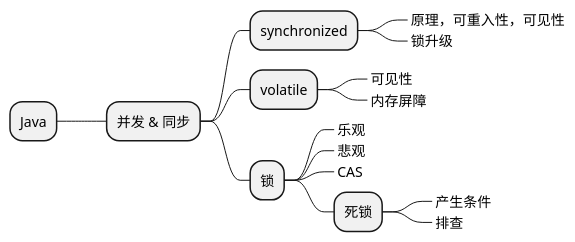
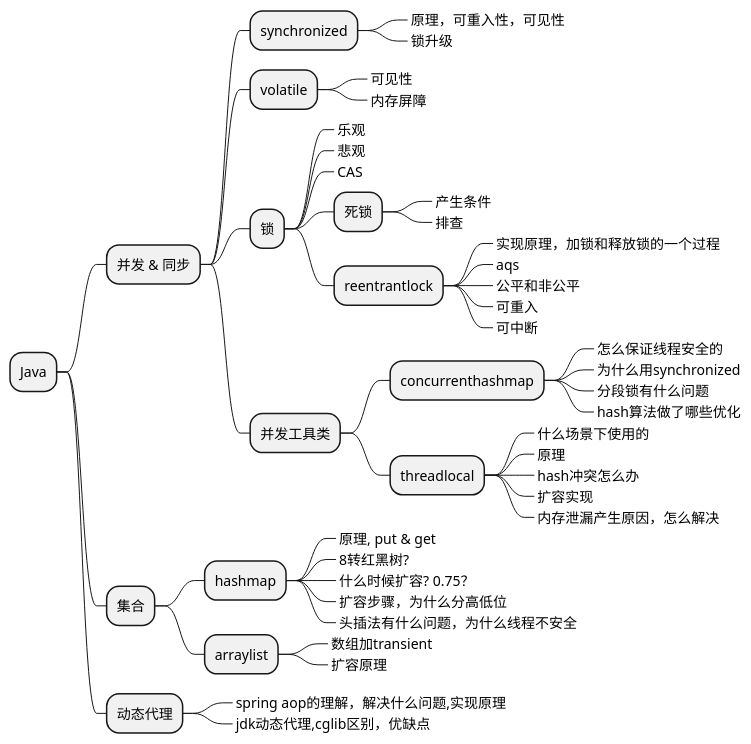
The first of 7 diagrams in _posts/2021-05-27-查漏补缺.md (Gh0st99/Gh0st99.github.io), drawn with PlantUML before and after one commit. The commit also changed other lines of this file, not shown here.

````diff
--- a/_posts/2021-05-27-查漏补缺.md
+++ b/_posts/2021-05-27-查漏补缺.md
@@ -12,24 +12,62 @@
 ```plantuml
 @startmindmap
 * Java
 
 ** 并发 & 同步
 
 *** synchronized
 ****_ 原理，可重入性，可见性
 ****_ 锁升级
 
 *** volatile
 ****_ 可见性
 ****_ 内存屏障
 
 *** 锁
 ****_ 乐观
 ****_ 悲观
 ****_ CAS
 **** 死锁
 *****_ 产生条件
 *****_ 排查
+**** reentrantlock
+*****_ 实现原理，加锁和释放锁的一个过程
+*****_ aqs
+*****_ 公平和非公平
+*****_ 可重入
+*****_ 可中断
+
+*** 并发工具类
+**** concurrenthashmap
+*****_ 怎么保证线程安全的
+*****_ 为什么用synchronized
+*****_ 分段锁有什么问题
+*****_ hash算法做了哪些优化
+**** threadlocal
+*****_ 什么场景下使用的
+*****_ 原理
+*****_ hash冲突怎么办
+*****_ 扩容实现
+*****_ 内存泄漏产生原因，怎么解决
+
+
+** 集合
+
+*** hashmap
+****_ 原理, put & get
+****_ 8转红黑树?
+****_ 什么时候扩容? 0.75？
+****_ 扩容步骤，为什么分高低位
+****_ 头插法有什么问题，为什么线程不安全 
+
+*** arraylist
+****_ 数组加transient
+****_ 扩容原理
+
+
+** 动态代理
+***_ spring aop的理解，解决什么问题,实现原理
+***_ jdk动态代理,cglib区别，优缺点
 
 @endmindmap
 ```
````
